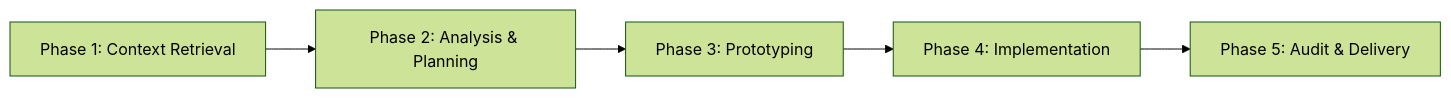
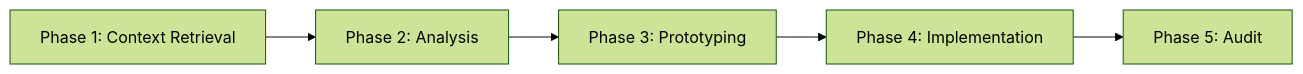
Before and after one commit to Dwsy/agent: the diagram in README.md, drawn with Mermaid (forest theme). The commit also changed other lines of this file and 1 other file, not shown here.

````diff
--- a/README.md
+++ b/README.md
@@ -87,7 +136,7 @@
 ```mermaid
 graph LR
-    A[Phase 1: Context Retrieval] --> B[Phase 2: Analysis & Planning]
+    A[Phase 1: Context Retrieval] --> B[Phase 2: Analysis]
     B --> C[Phase 3: Prototyping]
     C --> D[Phase 4: Implementation]
-    D --> E[Phase 5: Audit & Delivery]
+    D --> E[Phase 5: Audit]
 ```
````
